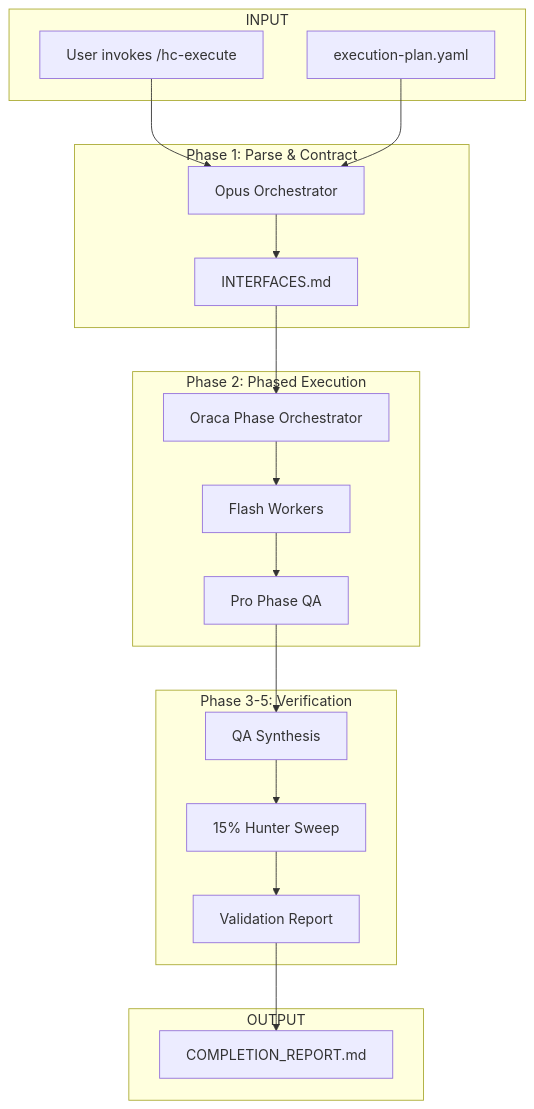
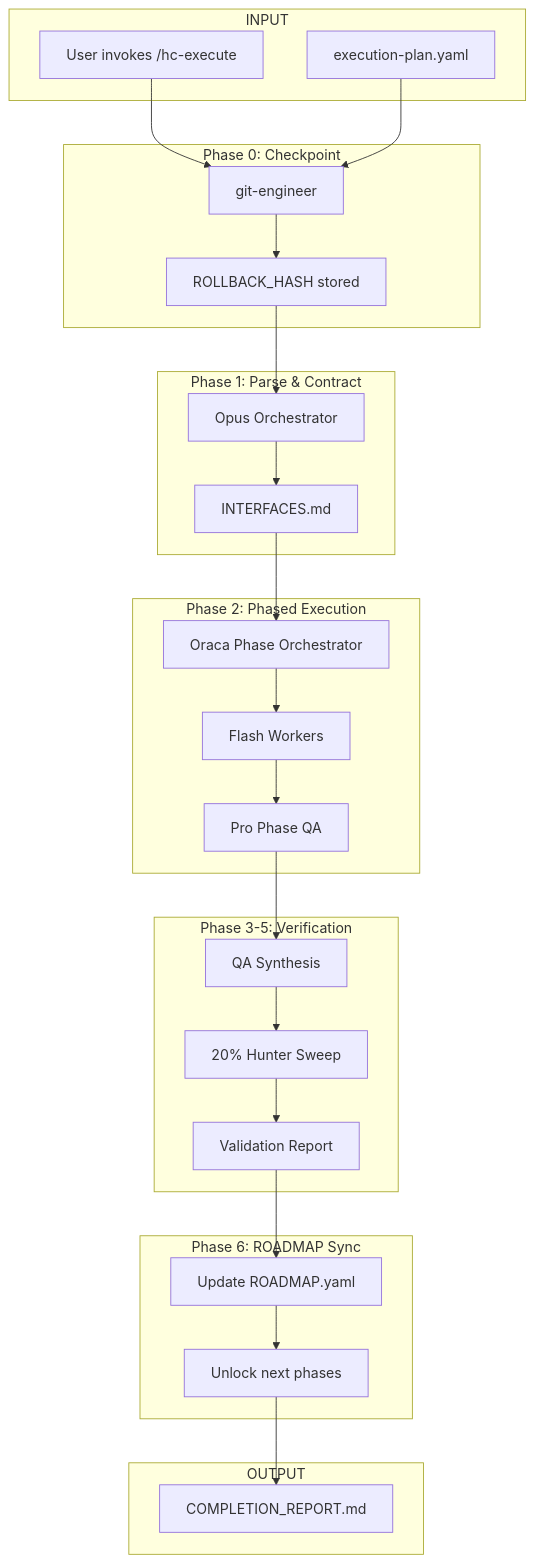
One commit to HyerAI/H-Claude changed the diagram in .claude/PM/hc-execute/index.md. Above: the diagram before and after it, drawn with Mermaid. The commit also changed other lines of this file and 22 other files, not shown here.

````diff
--- a/.claude/PM/hc-execute/index.md
+++ b/.claude/PM/hc-execute/index.md
@@ -19,39 +19,53 @@
 ```mermaid
 flowchart TB
     subgraph INPUT
         A[User invokes /hc-execute]
         B[execution-plan.yaml]
+    end
+
+    subgraph PHASE0[Phase 0: Checkpoint]
+        C0[git-engineer]
+        C1[ROLLBACK_HASH stored]
     end
 
     subgraph PHASE1[Phase 1: Parse & Contract]
         C[Opus Orchestrator]
         D[INTERFACES.md]
     end
 
     subgraph PHASE2[Phase 2: Phased Execution]
         E[Oraca Phase Orchestrator]
         F[Flash Workers]
         G[Pro Phase QA]
     end
 
     subgraph PHASE3[Phase 3-5: Verification]
         H[QA Synthesis]
-        I[15% Hunter Sweep]
+        I[20% Hunter Sweep]
         J[Validation Report]
+    end
+
+    subgraph PHASE6[Phase 6: ROADMAP Sync]
+        L[Update ROADMAP.yaml]
+        M[Unlock next phases]
     end
 
     subgraph OUTPUT
         K[COMPLETION_REPORT.md]
     end
 
-    A --> C
-    B --> C
+    A --> C0
+    B --> C0
+    C0 --> C1
+    C1 --> C
     C --> D
     D --> E
     E --> F
     F --> G
     G --> H
     H --> I
     I --> J
-    J --> K
+    J --> L
+    L --> M
+    M --> K
 ```
````
